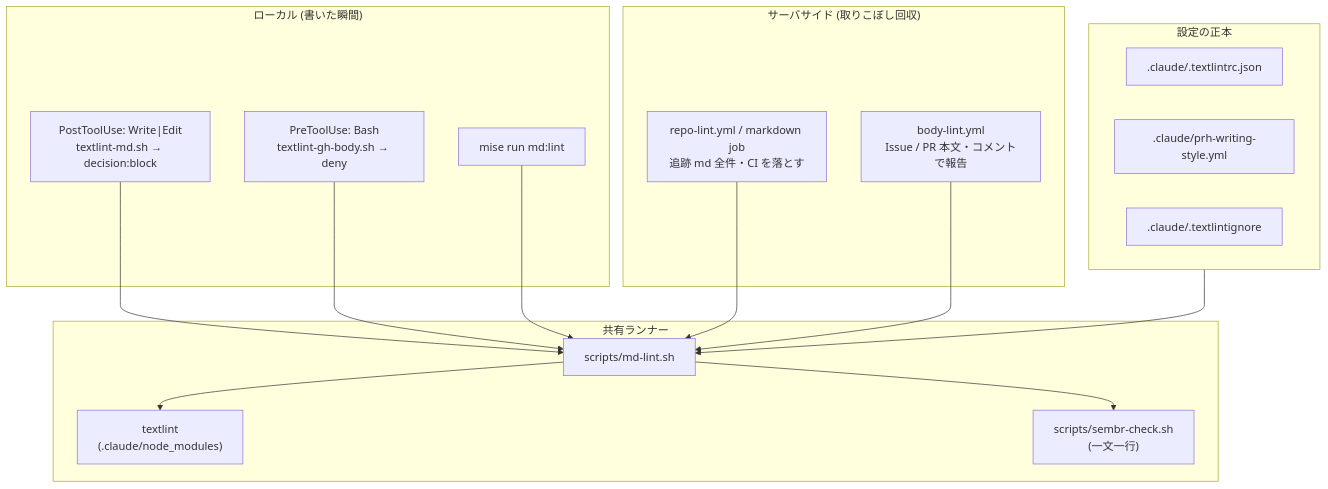
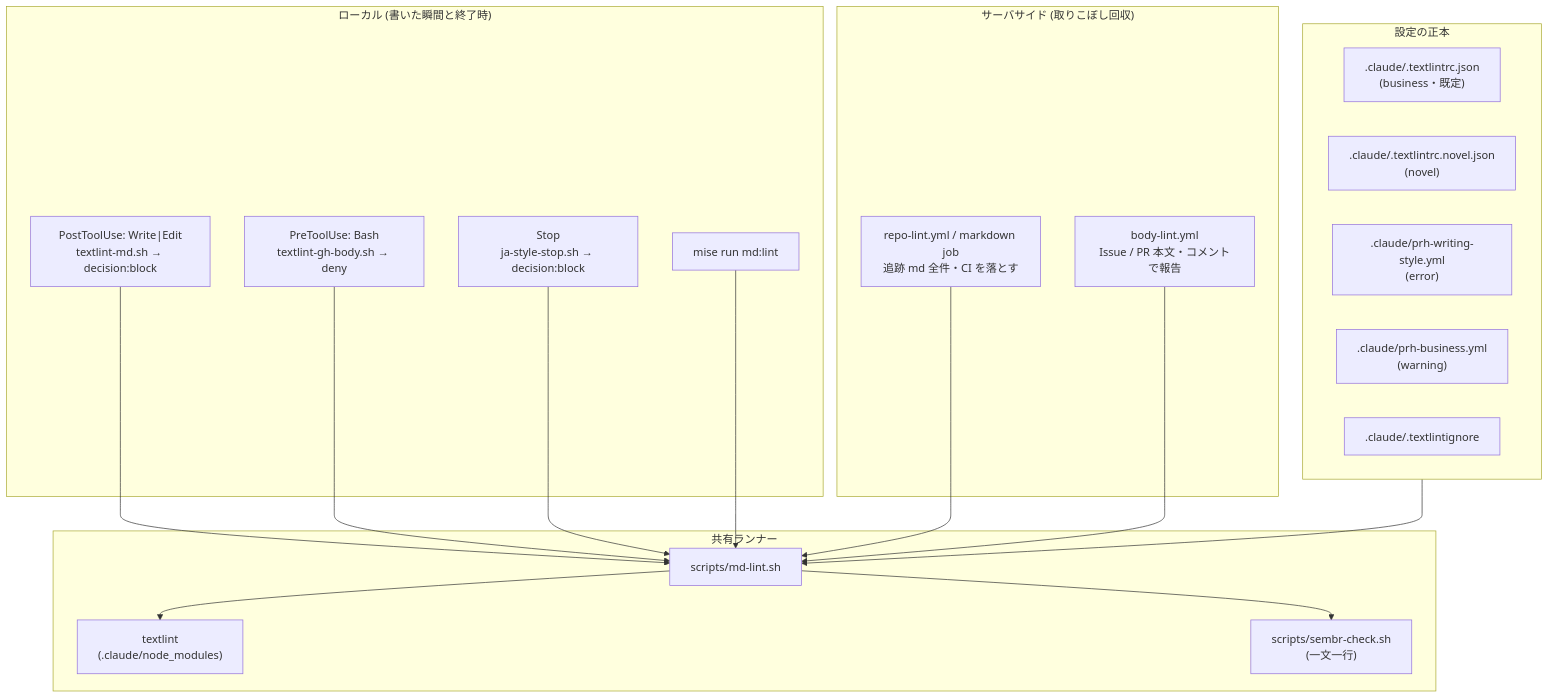
The ninth of 9 diagrams in docs/architecture.md (bigdra50/dotfiles), drawn with Mermaid before and after one commit. The commit also changed other lines of this file and 17 other files, not shown here.

````diff
--- a/docs/architecture.md
+++ b/docs/architecture.md
@@ -275,35 +284,39 @@
 ```mermaid
 flowchart TB
     subgraph canon["設定の正本"]
-        rc[".claude/.textlintrc.json"]
-        prh[".claude/prh-writing-style.yml"]
+        rc[".claude/.textlintrc.json<br/>(business・既定)"]
+        rcn[".claude/.textlintrc.novel.json<br/>(novel)"]
+        prh[".claude/prh-writing-style.yml<br/>(error)"]
+        prhb[".claude/prh-business.yml<br/>(warning)"]
         ign[".claude/.textlintignore"]
     end
 
     subgraph runner["共有ランナー"]
         ml["scripts/md-lint.sh"]
         tl["textlint<br/>(.claude/node_modules)"]
         sb["scripts/sembr-check.sh<br/>(一文一行)"]
         ml --> tl
         ml --> sb
     end
 
     canon --> ml
 
-    subgraph local["ローカル (書いた瞬間)"]
+    subgraph local["ローカル (書いた瞬間と終了時)"]
         h1["PostToolUse: Write|Edit<br/>textlint-md.sh → decision:block"]
         h2["PreToolUse: Bash<br/>textlint-gh-body.sh → deny"]
+        h3["Stop<br/>ja-style-stop.sh → decision:block"]
         mt["mise run md:lint"]
     end
 
     subgraph server["サーバサイド (取りこぼし回収)"]
         ci["repo-lint.yml / markdown job<br/>追跡 md 全件・CI を落とす"]
         bl["body-lint.yml<br/>Issue / PR 本文・コメントで報告"]
     end
 
     h1 --> ml
     h2 --> ml
+    h3 --> ml
     mt --> ml
     ci --> ml
     bl --> ml
 ```
````
